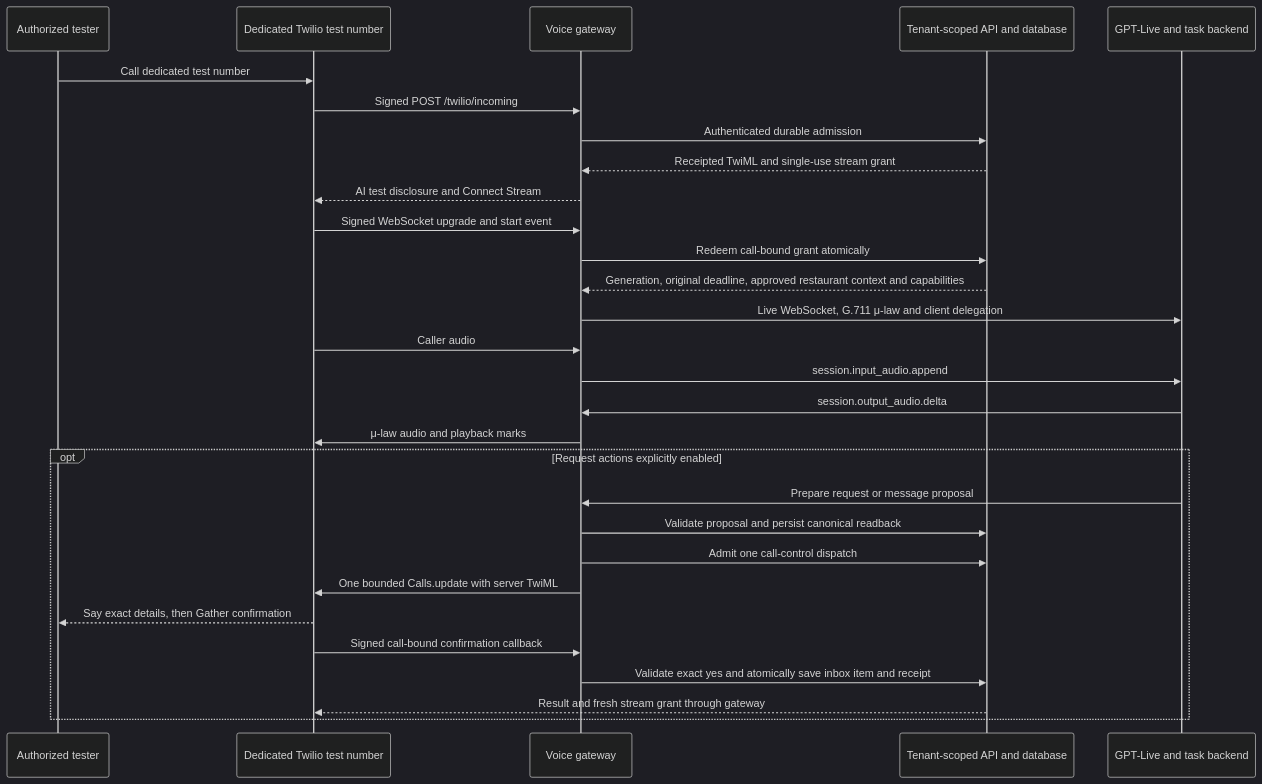
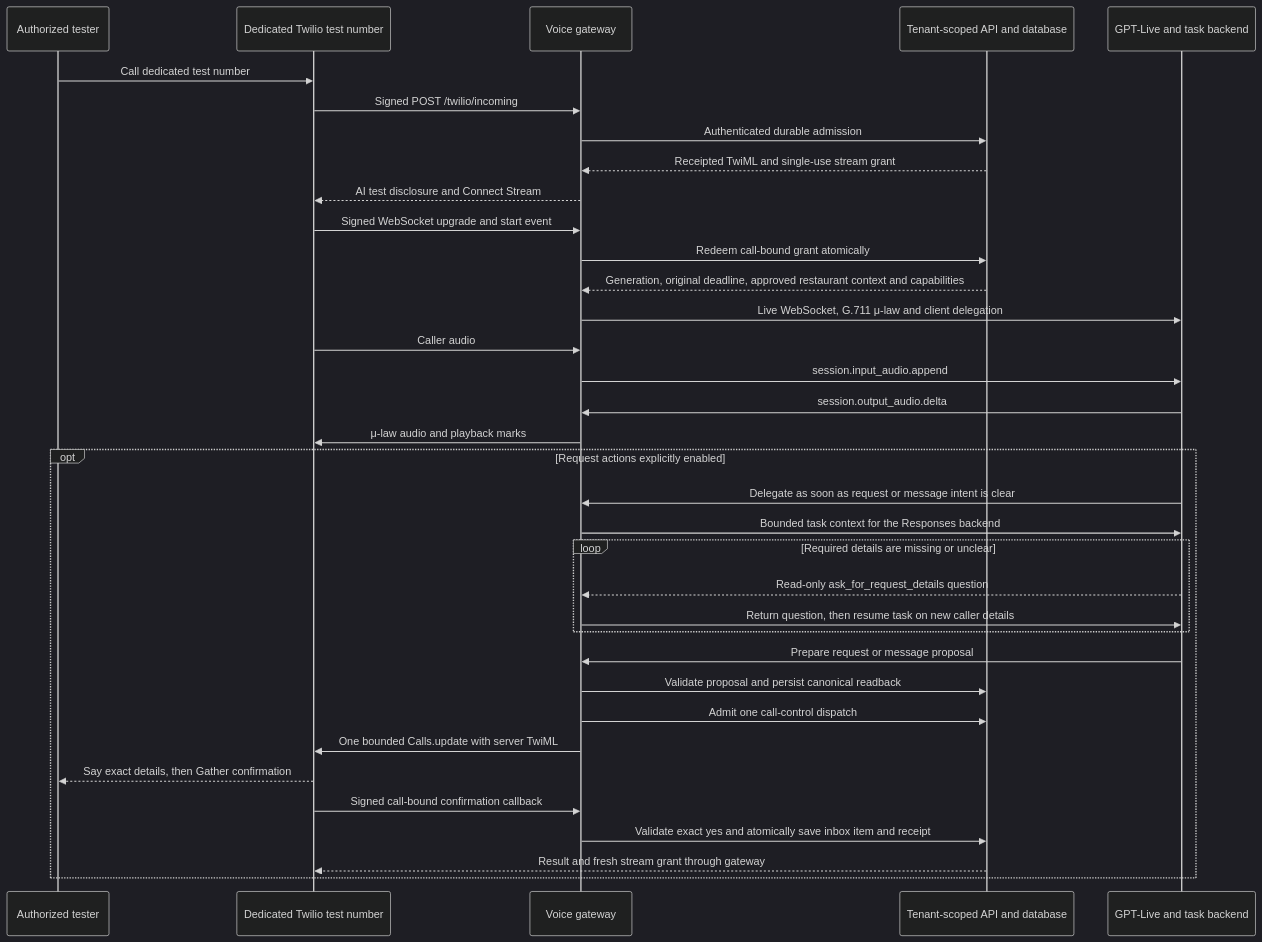
The diagram in docs/VOICE_SETUP.md (SahilWikhe/IVR_POC), drawn with Mermaid (dark theme) before and after one commit. The commit also changed other lines of this file and 33 other files, not shown here.

````diff
--- a/docs/VOICE_SETUP.md
+++ b/docs/VOICE_SETUP.md
@@ -15,31 +15,37 @@
 ```mermaid
 sequenceDiagram
     participant Caller as Authorized tester
     participant Twilio as Dedicated Twilio test number
     participant Gateway as Voice gateway
     participant API as Tenant-scoped API and database
     participant OpenAI as GPT-Live and task backend
     Caller->>Twilio: Call dedicated test number
     Twilio->>Gateway: Signed POST /twilio/incoming
     Gateway->>API: Authenticated durable admission
     API-->>Gateway: Receipted TwiML and single-use stream grant
     Gateway-->>Twilio: AI test disclosure and Connect Stream
     Twilio->>Gateway: Signed WebSocket upgrade and start event
     Gateway->>API: Redeem call-bound grant atomically
     API-->>Gateway: Generation, original deadline, approved restaurant context and capabilities
     Gateway->>OpenAI: Live WebSocket, G.711 μ-law and client delegation
     Twilio->>Gateway: Caller audio
     Gateway->>OpenAI: session.input_audio.append
     OpenAI->>Gateway: session.output_audio.delta
     Gateway->>Twilio: μ-law audio and playback marks
     opt Request actions explicitly enabled
+        OpenAI->>Gateway: Delegate as soon as request or message intent is clear
+        Gateway->>OpenAI: Bounded task context for the Responses backend
+        loop Required details are missing or unclear
+            OpenAI-->>Gateway: Read-only ask_for_request_details question
+            Gateway->>OpenAI: Return question, then resume task on new caller details
+        end
         OpenAI->>Gateway: Prepare request or message proposal
         Gateway->>API: Validate proposal and persist canonical readback
         Gateway->>API: Admit one call-control dispatch
         Gateway->>Twilio: One bounded Calls.update with server TwiML
         Twilio-->>Caller: Say exact details, then Gather confirmation
         Twilio->>Gateway: Signed call-bound confirmation callback
         Gateway->>API: Validate exact yes and atomically save inbox item and receipt
         API-->>Twilio: Result and fresh stream grant through gateway
     end
 ```
````
